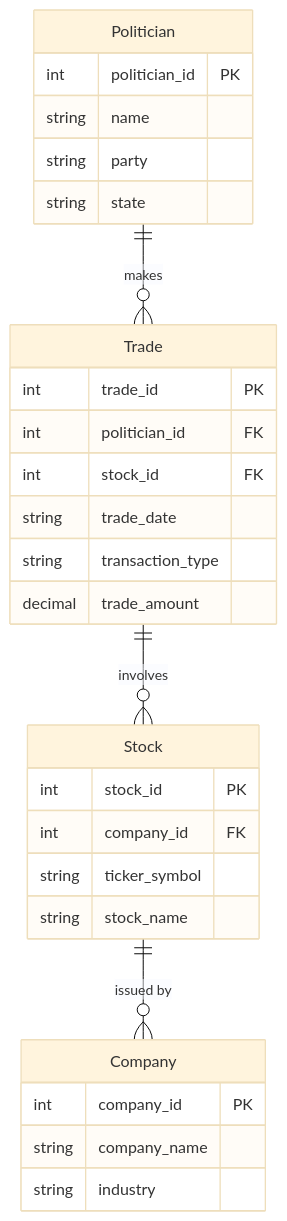
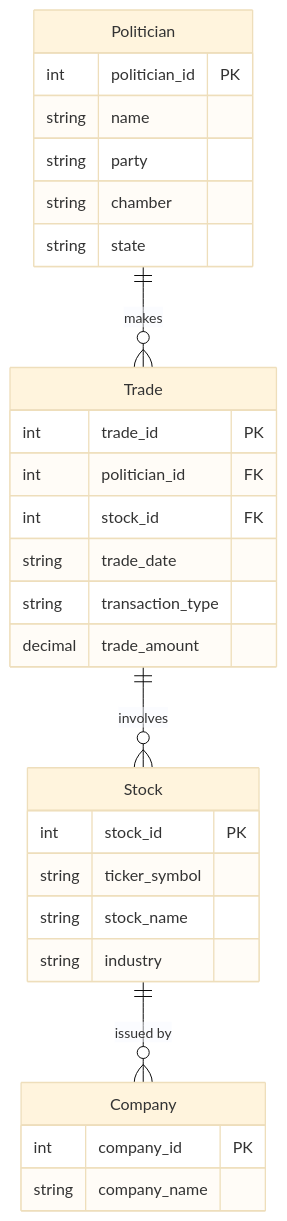
One commit to plaartz/capitol-gains changed the second of 5 diagrams in README.md. Above: the diagram before and after it, drawn with Mermaid (base theme). The commit also changed other lines of this file, not shown here.

Commit message:
Committing README.md to check diagram formatting

````diff
--- a/README.md
+++ b/README.md
@@ -38,35 +42,35 @@
 ```mermaid
 erDiagram
     Politician ||--o{ Trade : "makes"
     Trade ||--o{ Stock : "involves"
     Stock ||--o{ Company : "issued by"
 
     Politician {
         int politician_id PK
         string name
         string party
+        string chamber
         string state
     }
 
     Trade {
         int trade_id PK
         int politician_id FK
         int stock_id FK
         string trade_date
         string transaction_type
         decimal trade_amount
     }
 
     Stock {
         int stock_id PK
-        int company_id FK
         string ticker_symbol
         string stock_name
+        string industry
     }
 
     Company {
         int company_id PK
         string company_name
-        string industry
     }
 ```
````
